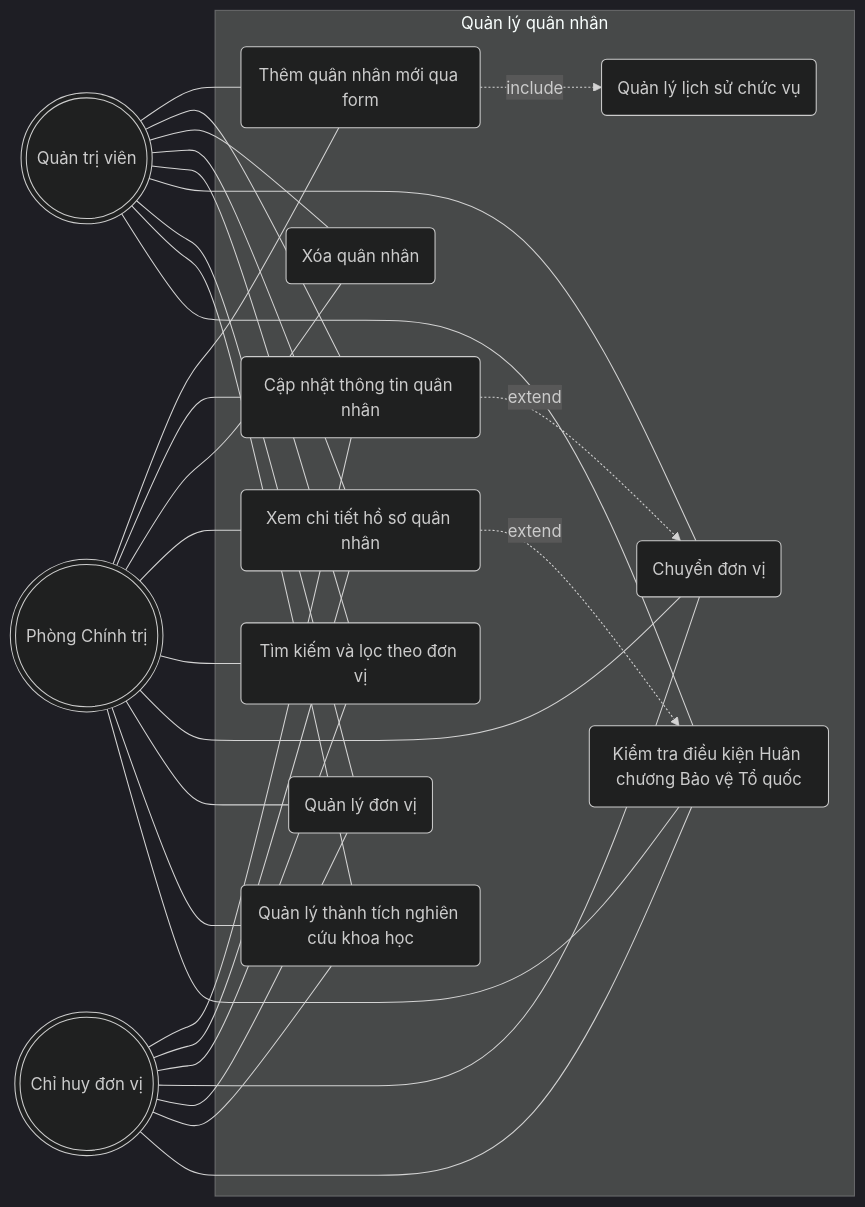
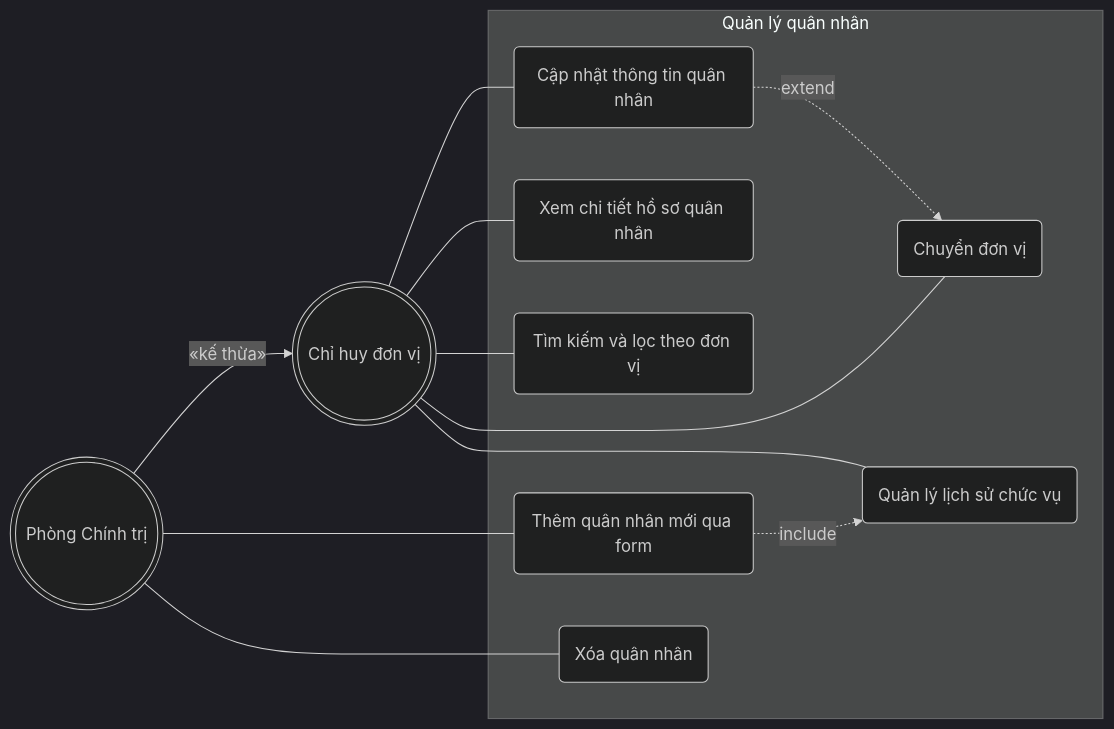
One commit to tranducbk/DATN_PM_QLKT changed the third of 15 diagrams in docs/diagrams/01-use-case.md. Above: the diagram before and after it, drawn with Mermaid (dark theme). The commit also changed other lines of this file and 123 other files, not shown here.

````diff
--- a/docs/diagrams/01-use-case.md
+++ b/docs/diagrams/01-use-case.md
@@ -140,51 +122,29 @@
 ```mermaid
 flowchart LR
-    SA(((Quản trị viên)))
     AD(((Phòng Chính trị)))
     MG(((Chỉ huy đơn vị)))
 
     subgraph SYS[Quản lý quân nhân]
         UC1(Thêm quân nhân mới qua form)
         UC2(Cập nhật thông tin quân nhân)
         UC3(Xóa quân nhân)
         UC4(Xem chi tiết hồ sơ quân nhân)
         UC5(Tìm kiếm và lọc theo đơn vị)
         UC6(Chuyển đơn vị)
         UC7(Quản lý lịch sử chức vụ)
-        UC8(Quản lý đơn vị)
-        UC9(Quản lý thành tích nghiên cứu khoa học)
-        UC10(Kiểm tra điều kiện Huân chương Bảo vệ Tổ quốc)
 
         UC1 -.->|include| UC7
         UC2 -.->|extend| UC6
-        UC4 -.->|extend| UC10
     end
 
-    SA --- UC1
-    SA --- UC2
-    SA --- UC3
-    SA --- UC4
-    SA --- UC5
-    SA --- UC6
-    SA --- UC8
-    SA --- UC9
-    SA --- UC10
+    AD -->|«kế thừa»| MG
 
     AD --- UC1
-    AD --- UC2
     AD --- UC3
-    AD --- UC4
-    AD --- UC5
-    AD --- UC6
-    AD --- UC8
-    AD --- UC9
-    AD --- UC10
 
     MG --- UC2
     MG --- UC4
     MG --- UC5
     MG --- UC6
-    MG --- UC8
-    MG --- UC9
-    MG --- UC10
+    MG --- UC7
 ```
````
